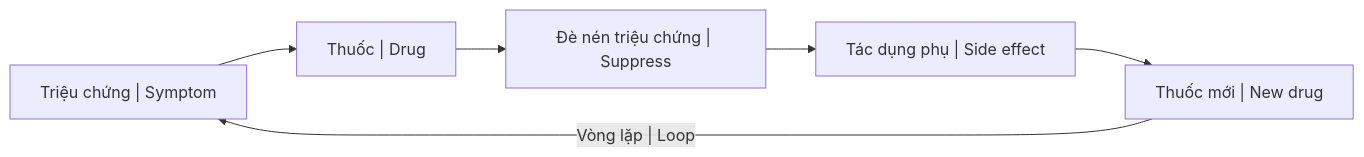
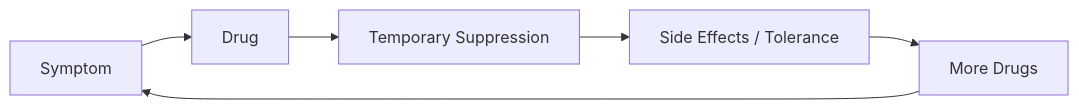
One commit to dyukahi/knowledge changed the diagram in health/Thuốc Hóa Dầu.md. Above: the diagram before and after it, drawn with Mermaid. The commit also changed other lines of this file and 4 other files, not shown here.

````diff
--- a/health/Thuốc Hóa Dầu.md
+++ b/health/Thuốc Hóa Dầu.md
@@ -81,11 +75,8 @@
 ```mermaid
 flowchart LR
-    A["Triệu chứng | Symptom"]
-    B["Thuốc | Drug"]
-    C["Đè nén triệu chứng | Suppress"]
-    D["Tác dụng phụ | Side effect"]
-    E["Thuốc mới | New drug"]
-    
-    A --> B --> C --> D --> E
-    E -->|"Vòng lặp | Loop"| A
+    A[Symptom] --> B[Drug]
+    B --> C[Temporary Suppression]
+    C --> D[Side Effects / Tolerance]
+    D --> E[More Drugs]
+    E --> A
 ```
````
